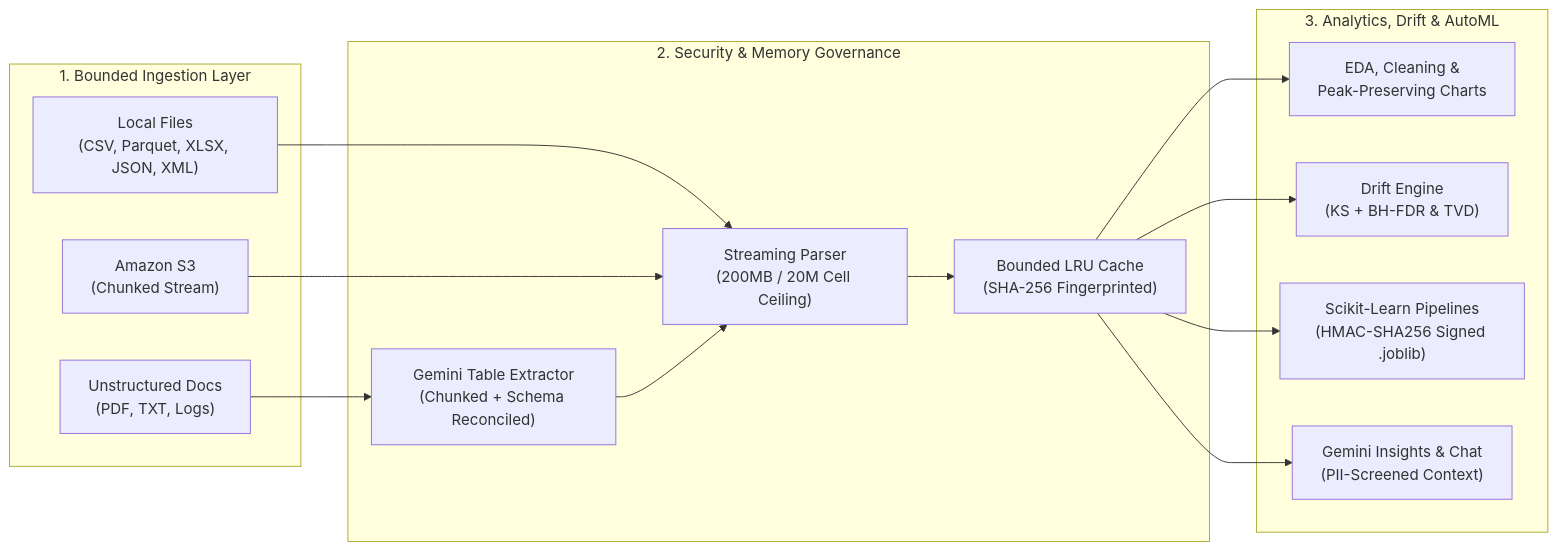
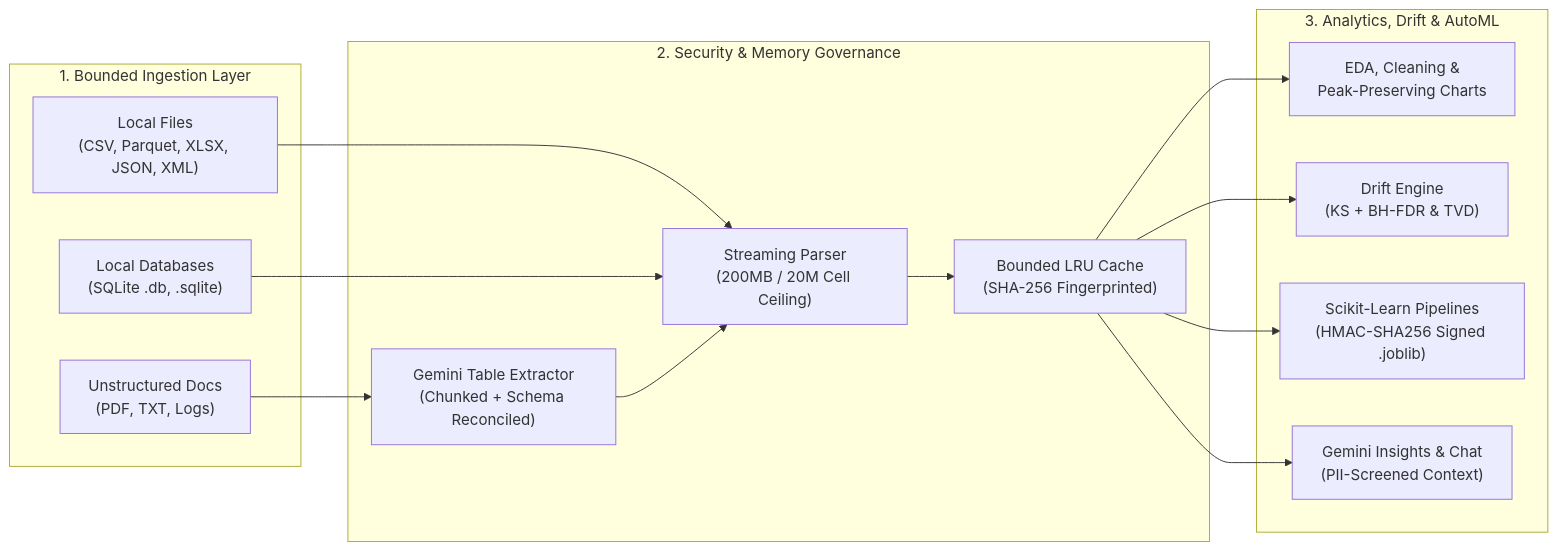
The diagram in README.md (Srikiran22/CloudlnsightAl), drawn with Mermaid before and after one commit. The commit also changed other lines of this file and 49 other files, not shown here.

````diff
--- a/README.md
+++ b/README.md
@@ -13,27 +13,27 @@
 ```mermaid
 flowchart LR
     subgraph Ingestion ["1. Bounded Ingestion Layer"]
         Local["Local Files\n(CSV, Parquet, XLSX, JSON, XML)"]
-        S3["Amazon S3\n(Chunked Stream)"]
+        DB["Local Databases\n(SQLite .db, .sqlite)"]
         RawDoc["Unstructured Docs\n(PDF, TXT, Logs)"]
     end
 
     subgraph Guards ["2. Security & Memory Governance"]
         Parser["Streaming Parser\n(200MB / 20M Cell Ceiling)"]
         AIConv["Gemini Table Extractor\n(Chunked + Schema Reconciled)"]
         Cache["Bounded LRU Cache\n(SHA-256 Fingerprinted)"]
     end
 
     subgraph Analytics ["3. Analytics, Drift & AutoML"]
         EDA["EDA, Cleaning &\nPeak-Preserving Charts"]
         Drift["Drift Engine\n(KS + BH-FDR & TVD)"]
         ML["Scikit-Learn Pipelines\n(HMAC-SHA256 Signed .joblib)"]
         GenAI["Gemini Insights & Chat\n(PII-Screened Context)"]
     end
 
     Local --> Parser
-    S3 --> Parser
+    DB --> Parser
     RawDoc --> AIConv --> Parser
     Parser --> Cache
     Cache --> EDA & Drift & ML & GenAI
 ```
````
